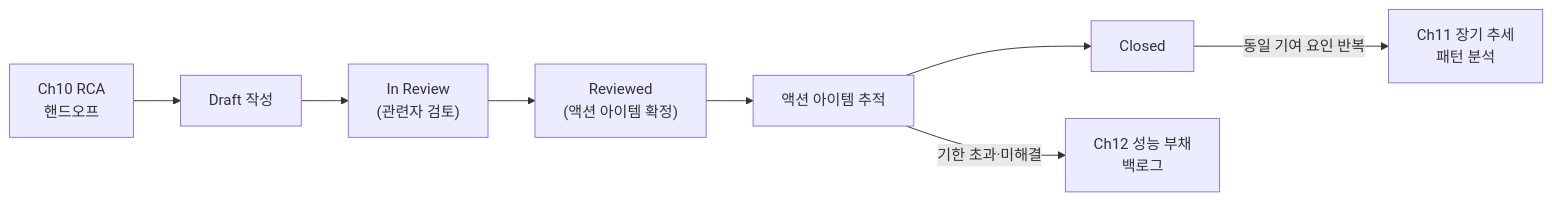
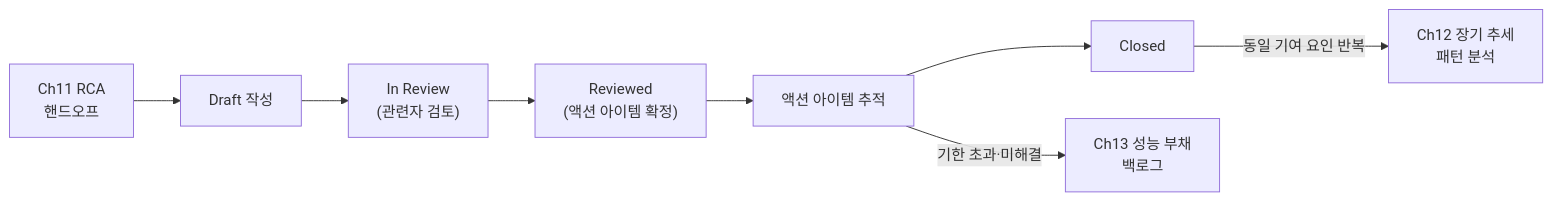
One commit to 42jerrykim/42jerrykim.github.io changed the diagram in content/collection/optimization-12-regression-prevention/16-postmortem-analysis/index.md. Above: the diagram before and after it, drawn with Mermaid. The commit also changed other lines of this file and 1 other file, not shown here.

````diff
--- a/content/collection/optimization-12-regression-prevention/16-postmortem-analysis/index.md
+++ b/content/collection/optimization-12-regression-prevention/16-postmortem-analysis/index.md
@@ -114,10 +112,10 @@
 ```mermaid
 flowchart LR
-  rcaHandoff["Ch10 RCA</br>핸드오프"] --> draft["Draft 작성"]
+  rcaHandoff["Ch11 RCA</br>핸드오프"] --> draft["Draft 작성"]
   draft --> review["In Review</br>(관련자 검토)"]
   review --> reviewed["Reviewed</br>(액션 아이템 확정)"]
   reviewed --> tracking["액션 아이템 추적"]
   tracking --> closed["Closed"]
-  tracking -->|"기한 초과·미해결"| debt["Ch12 성능 부채</br>백로그"]
-  closed -->|"동일 기여 요인 반복"| trend["Ch11 장기 추세</br>패턴 분석"]
+  tracking -->|"기한 초과·미해결"| debt["Ch13 성능 부채</br>백로그"]
+  closed -->|"동일 기여 요인 반복"| trend["Ch12 장기 추세</br>패턴 분석"]
 ```
````
